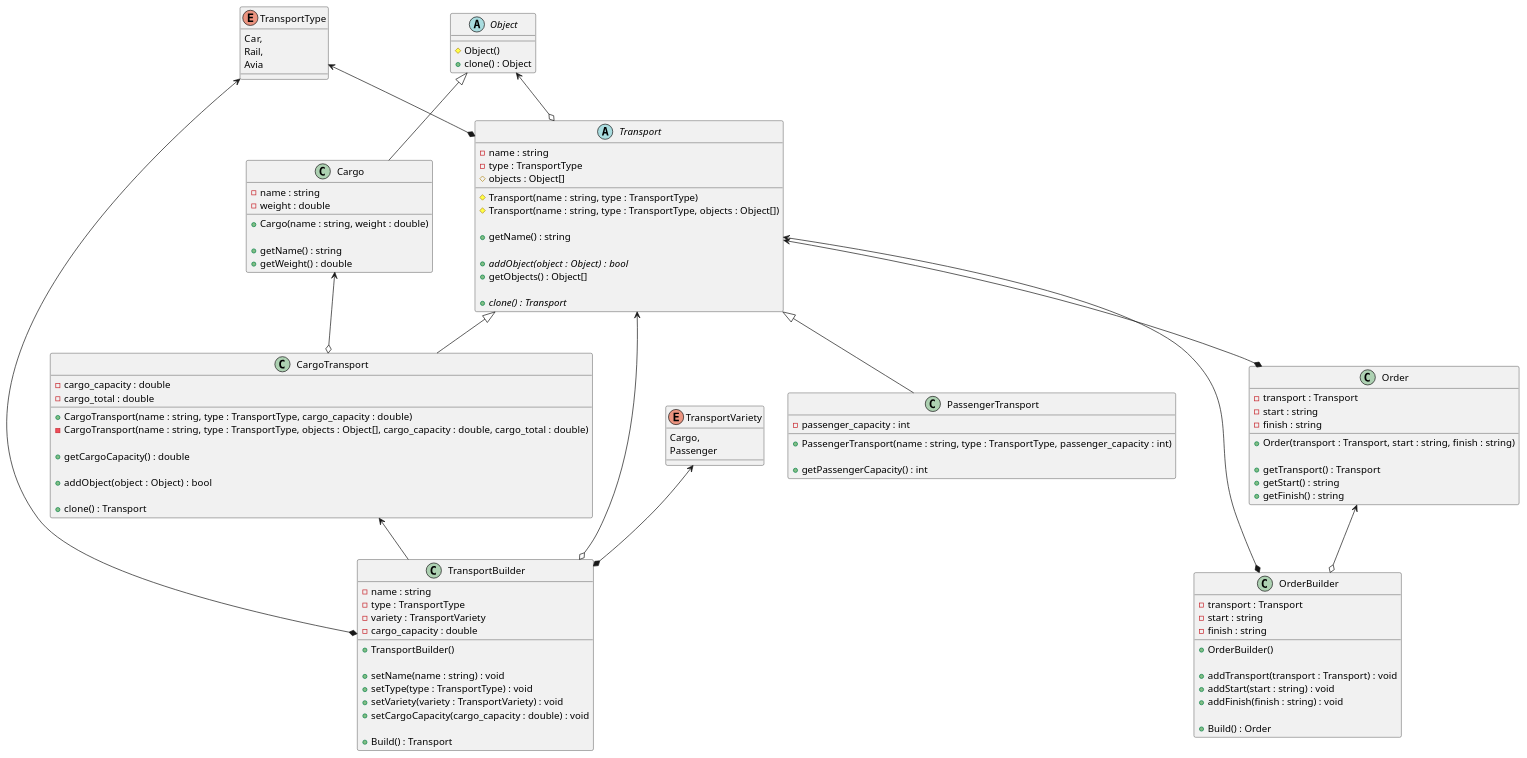
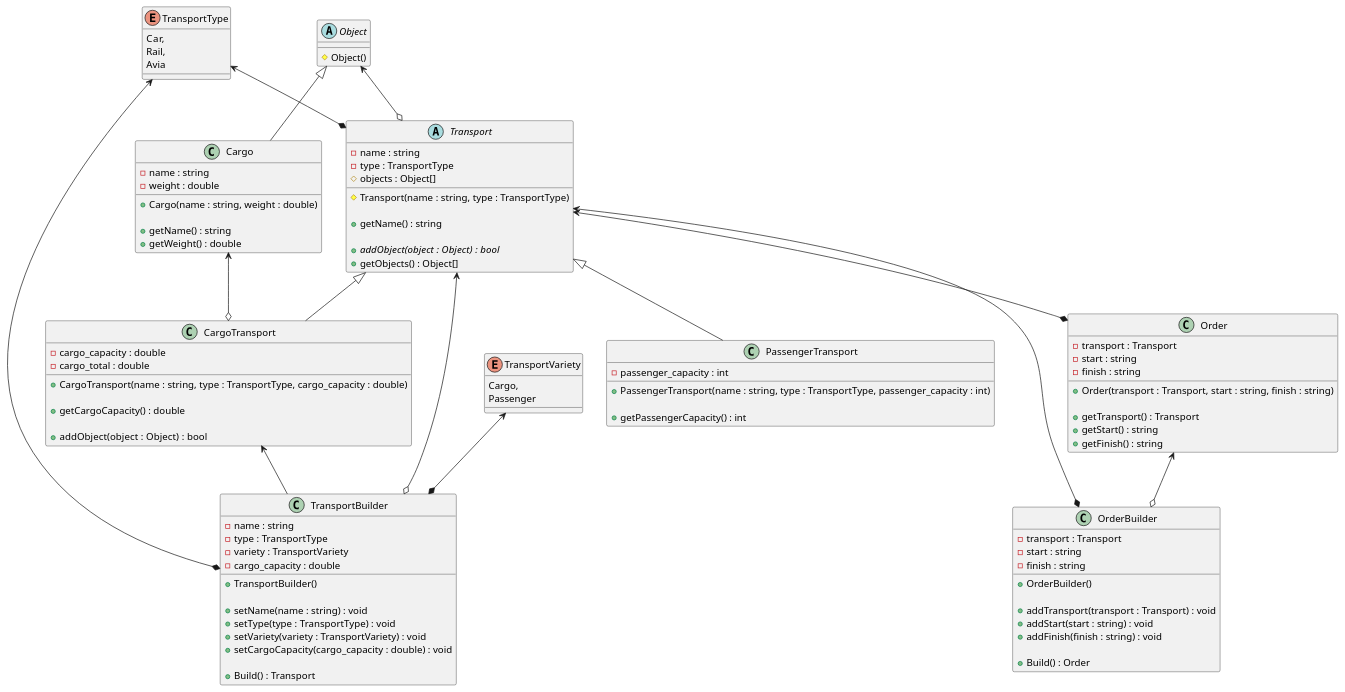
Before and after one commit to it-top-shambala/TransportCompany_: the diagram in class_diagram.puml, drawn with PlantUML. The commit also changed 7 other files, not shown here.

```diff
--- a/class_diagram.puml
+++ b/class_diagram.puml
@@ -1,125 +1,118 @@
 @startuml
 'https://plantuml.com/class-diagram
 
 enum TransportType {
 Car,
 Rail,
 Avia
 }
 
 abstract class Object {
 # Object()
-+ clone() : Object
 }
 
 Object <|-- Cargo
 class Cargo {
 - name : string
 - weight : double
 
 + Cargo(name : string, weight : double)
 
 + getName() : string
 + getWeight() : double
 }
 
 
 TransportType <--* Transport
 Object <--o Transport
 abstract class Transport {
 - name : string
 - type : TransportType
 # objects : Object[]
 
 # Transport(name : string, type : TransportType)
-# Transport(name : string, type : TransportType, objects : Object[])
 
 + getName() : string
 
 + {abstract} addObject(object : Object) :  bool
 + getObjects() : Object[]
-
-+ {abstract} clone() : Transport
 }
 
 Transport <|-- CargoTransport
 Cargo <--o CargoTransport
 class CargoTransport {
 - cargo_capacity : double
 - cargo_total : double
 
 + CargoTransport(name : string, type : TransportType, cargo_capacity : double)
-- CargoTransport(name : string, type : TransportType, objects : Object[], cargo_capacity : double, cargo_total : double)
 
 + getCargoCapacity() : double
 
 + addObject(object : Object) :  bool
-
-+ clone() : Transport
 }
 
 Transport <|-- PassengerTransport
 class PassengerTransport {
 - passenger_capacity : int
 
 + PassengerTransport(name : string, type : TransportType, passenger_capacity : int)
 
 + getPassengerCapacity() : int
 }
 
 Transport <--* Order
 class Order {
 - transport : Transport
 - start : string
 - finish : string
 
 + Order(transport : Transport, start : string, finish : string)
 
 + getTransport() : Transport
 + getStart() : string
 + getFinish() : string
 }
 
 Transport <--* OrderBuilder
 Order <--o OrderBuilder
 class OrderBuilder{
 - transport : Transport
 - start : string
 - finish : string
 
 + OrderBuilder()
 
 + addTransport(transport : Transport) : void
 + addStart(start : string) : void
 + addFinish(finish : string) : void
 
 + Build() : Order
 }
 
 enum TransportVariety {
 Cargo,
 Passenger
 }
 
 
 Transport <--o TransportBuilder
 TransportType <--* TransportBuilder
 TransportVariety <--* TransportBuilder
 CargoTransport <-- TransportBuilder
 class TransportBuilder {
 - name : string
 - type : TransportType
 - variety : TransportVariety
 - cargo_capacity : double
 
 + TransportBuilder()
 
 + setName(name : string) : void
 + setType(type : TransportType) : void
 + setVariety(variety : TransportVariety) : void
 + setCargoCapacity(cargo_capacity : double) : void
 
 + Build() : Transport
 }
 
 @enduml
```
